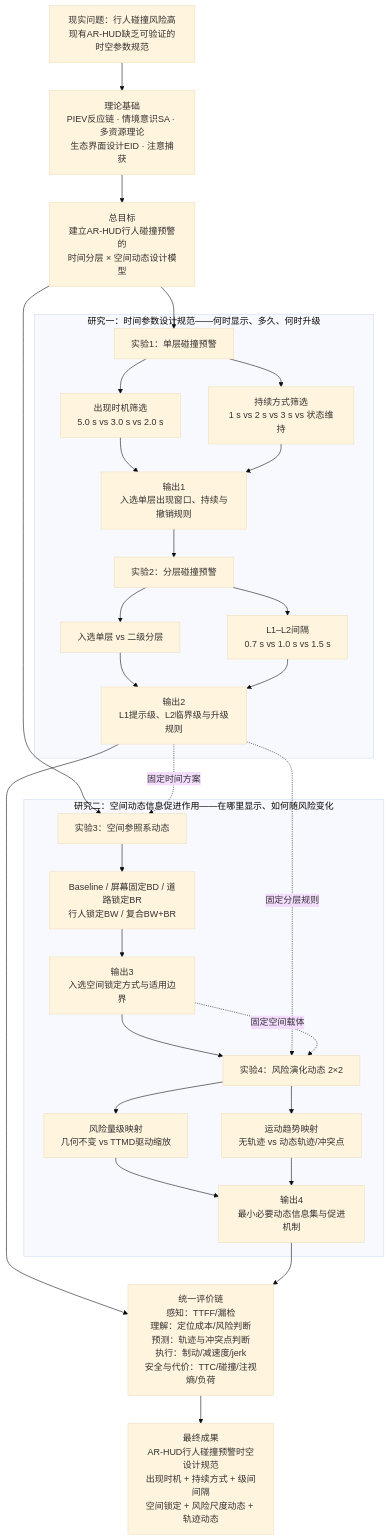
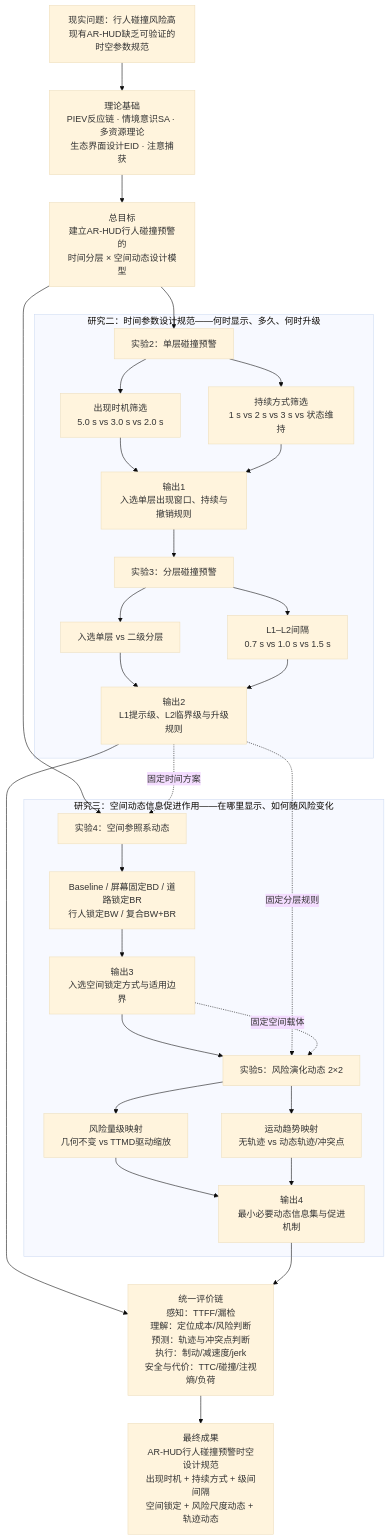
The first of 2 diagrams in AR-HUD行人碰撞预警_毕业论文研究框架.md (jefferrrrrrrrrrry/HUD), drawn with Mermaid (base theme) before and after one commit. The commit also changed other lines of this file and 121 other files, not shown here.

````diff
--- a/AR-HUD行人碰撞预警_毕业论文研究框架.md
+++ b/AR-HUD行人碰撞预警_毕业论文研究框架.md
@@ -580,63 +649,63 @@
 ```mermaid
 flowchart TB
     A[现实问题：行人碰撞风险高<br/>现有AR-HUD缺乏可验证的时空参数规范]
     B[理论基础<br/>PIEV反应链 · 情境意识SA · 多资源理论<br/>生态界面设计EID · 注意捕获]
     C[总目标<br/>建立AR-HUD行人碰撞预警的<br/>时间分层 × 空间动态设计模型]
 
     A --> B --> C
 
-    subgraph S1[研究一：时间参数设计规范——何时显示、多久、何时升级]
-        E1[实验1：单层碰撞预警]
+    subgraph S1[研究二：时间参数设计规范——何时显示、多久、何时升级]
+        E1[实验2：单层碰撞预警]
         E1A[出现时机筛选<br/>5.0 s vs 3.0 s vs 2.0 s]
         E1B[持续方式筛选<br/>1 s vs 2 s vs 3 s vs 状态维持]
         O1[输出1<br/>入选单层出现窗口、持续与撤销规则]
 
-        E2[实验2：分层碰撞预警]
+        E2[实验3：分层碰撞预警]
         E2A[入选单层 vs 二级分层]
         E2B[L1–L2间隔<br/>0.7 s vs 1.0 s vs 1.5 s]
         O2[输出2<br/>L1提示级、L2临界级与升级规则]
 
         E1 --> E1A
         E1 --> E1B
         E1A --> O1
         E1B --> O1
         O1 --> E2
         E2 --> E2A
         E2 --> E2B
         E2A --> O2
         E2B --> O2
     end
 
-    subgraph S2[研究二：空间动态信息促进作用——在哪里显示、如何随风险变化]
-        E3[实验3：空间参照系动态]
+    subgraph S2[研究三：空间动态信息促进作用——在哪里显示、如何随风险变化]
+        E3[实验4：空间参照系动态]
         E3A[Baseline / 屏幕固定BD / 道路锁定BR<br/>行人锁定BW / 复合BW+BR]
         O3[输出3<br/>入选空间锁定方式与适用边界]
 
-        E4[实验4：风险演化动态 2×2]
+        E4[实验5：风险演化动态 2×2]
         E4A[风险量级映射<br/>几何不变 vs TTMD驱动缩放]
         E4B[运动趋势映射<br/>无轨迹 vs 动态轨迹/冲突点]
         O4[输出4<br/>最小必要动态信息集与促进机制]
 
         E3 --> E3A --> O3
         O3 --> E4
         E4 --> E4A
         E4 --> E4B
         E4A --> O4
         E4B --> O4
     end
 
     C --> E1
     C --> E3
     O2 -. 固定时间方案 .-> E3
     O2 -. 固定分层规则 .-> E4
     O3 -. 固定空间载体 .-> E4
 
     M[统一评价链<br/>感知：TTFF/漏检<br/>理解：定位成本/风险判断<br/>预测：轨迹与冲突点判断<br/>执行：制动/减速度/jerk<br/>安全与代价：TTC/碰撞/注视熵/负荷]
 
     O2 --> M
     O4 --> M
 
     F[最终成果<br/>AR-HUD行人碰撞预警时空设计规范<br/>出现时机 + 持续方式 + 级间间隔<br/>空间锁定 + 风险尺度动态 + 轨迹动态]
 
     M --> F
 ```
````
